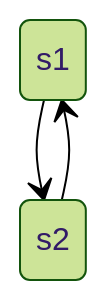
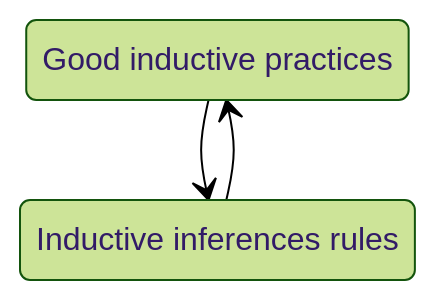
One commit to vicky-liu17/vicky-blogs changed the second of 2 diagrams in Introduction to the Philosophy of Science and Research Methodology/Scientific_Interference.md. Above: the diagram before and after it, drawn with Mermaid (forest theme).

````diff
--- a/Introduction to the Philosophy of Science and Research Methodology/Scientific_Interference.md
+++ b/Introduction to the Philosophy of Science and Research Methodology/Scientific_Interference.md
@@ -168,5 +168,7 @@
 ```mermaid
 stateDiagram
+    s1 : Good inductive practices
+    s2 : Inductive inferences rules
     s1 --> s2
     s2 --> s1
 ```
````
